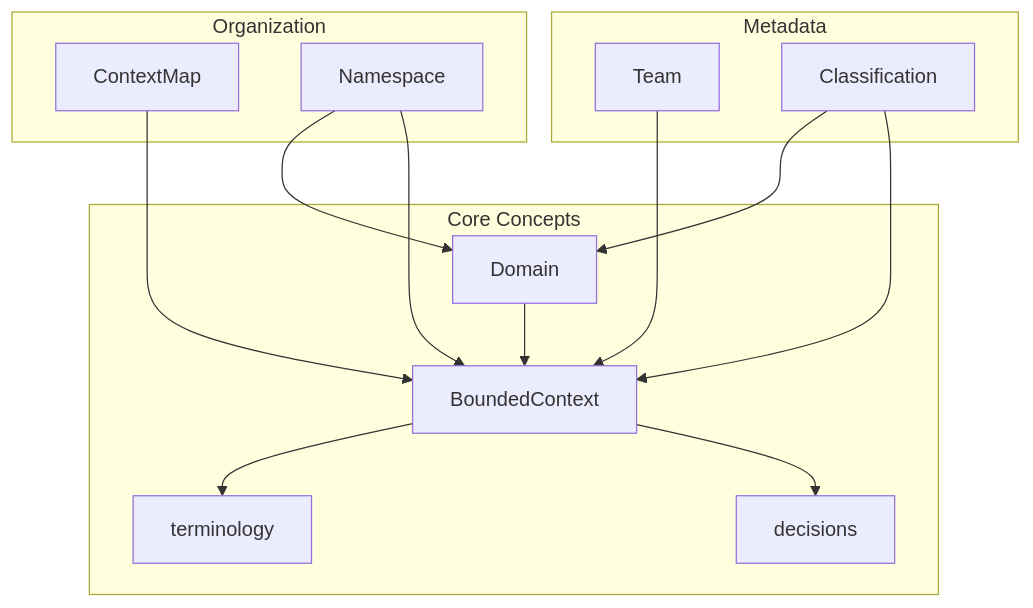
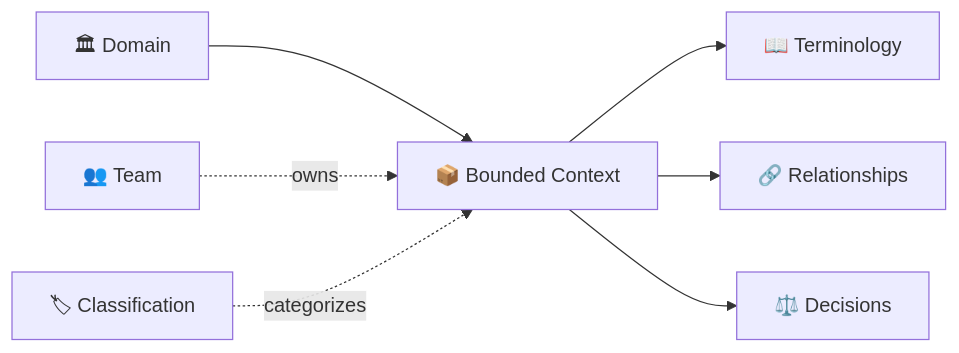
The first of 2 diagrams in dsl/domain-lang/docs/quick-reference.md (larsbaunwall/DomainLang), drawn with Mermaid before and after one commit. The commit also changed other lines of this file, not shown here.

````diff
--- a/dsl/domain-lang/docs/quick-reference.md
+++ b/dsl/domain-lang/docs/quick-reference.md
@@ -11,18 +11,10 @@
 ```mermaid
-graph TB
-    subgraph Core Concepts
-        D[Domain] --> BC[BoundedContext]
-        BC --> T[terminology]
-        BC --> Dec[decisions]
-    end
-    subgraph Organization
-        CMAP[ContextMap] --> BC
-        NS[Namespace] --> D
-        NS --> BC
-    end
-    subgraph Metadata
-        Team --> BC
-        Classification --> D
-        Classification --> BC
-    end
+graph LR
+    D["🏛 Domain"] --> BC["📦 Bounded Context"]
+    BC --> T["📖 Terminology"]
+    BC --> R["🔗 Relationships"]
+    BC --> Dec["⚖️ Decisions"]
+    
+    Team["👥 Team"] -.->|owns| BC
+    Class["🏷 Classification"] -.->|categorizes| BC
 ```
````
